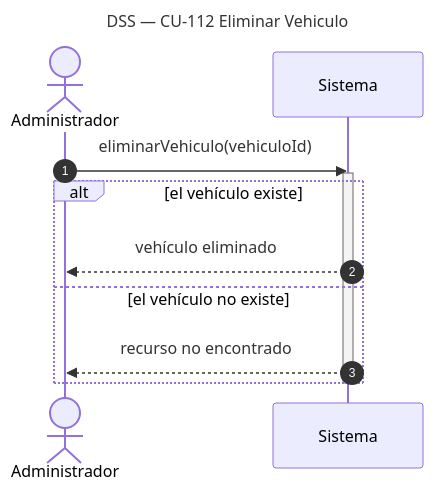
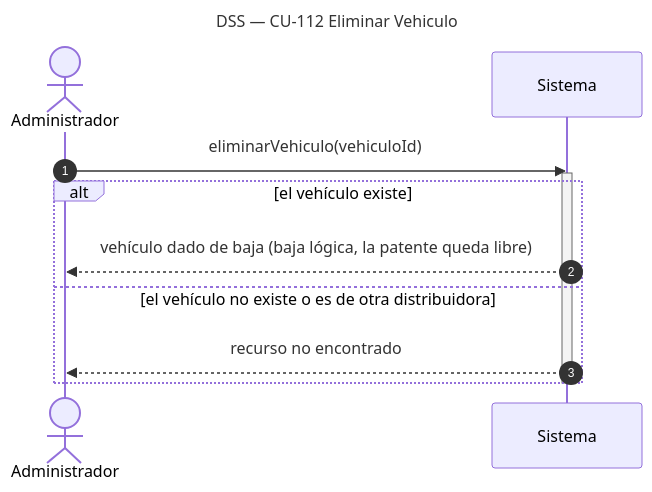
The diagram in diagramas/DSS_CU-112_Eliminar-Vehiculo.mmd (Nahuelito-Dev/splg-docs), drawn with Mermaid before and after one commit. The commit also changed 53 other files, not shown here.

```diff
--- a/diagramas/DSS_CU-112_Eliminar-Vehiculo.mmd
+++ b/diagramas/DSS_CU-112_Eliminar-Vehiculo.mmd
@@ -1,14 +1,14 @@
 sequenceDiagram
     title DSS — CU-112 Eliminar Vehiculo
     autonumber
     actor ADM as Administrador
     participant SIS as Sistema
 
     ADM->>SIS: eliminarVehiculo(vehiculoId)
     activate SIS
     alt el vehículo existe
-        SIS-->>ADM: vehículo eliminado
-    else el vehículo no existe
+        SIS-->>ADM: vehículo dado de baja (baja lógica, la patente queda libre)
+    else el vehículo no existe o es de otra distribuidora
         SIS-->>ADM: recurso no encontrado
     end
     deactivate SIS
```
